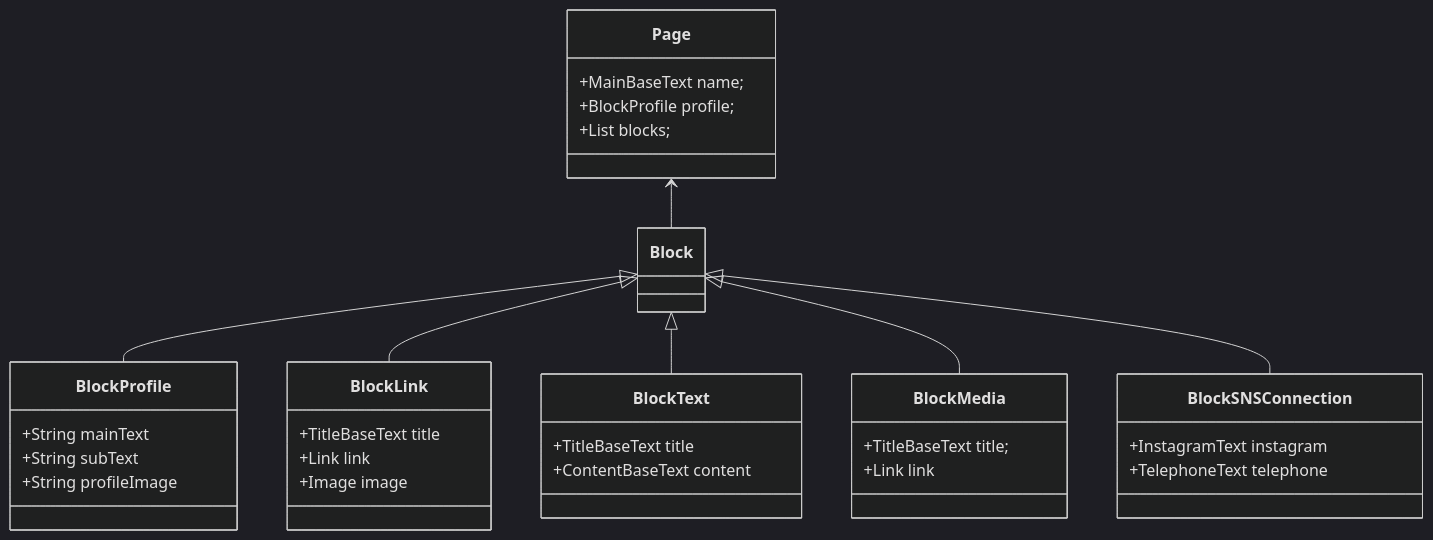
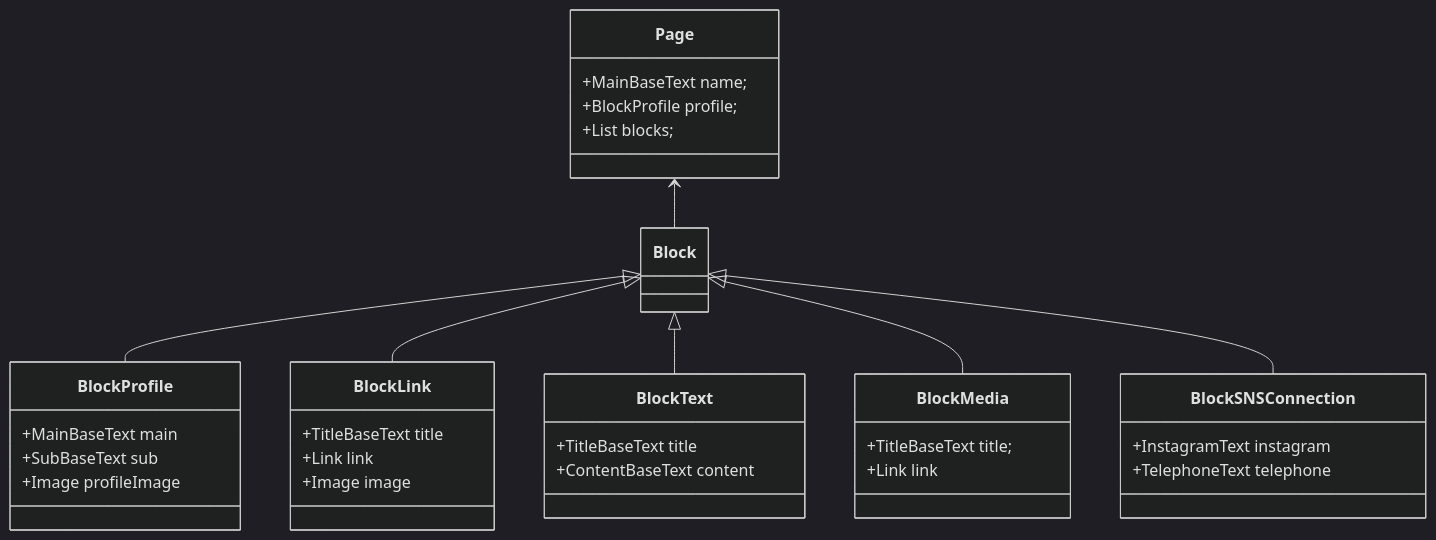
One commit to kor-Chipmunk/ProfileLinkService changed the second of 2 diagrams in blog-api/README.md. Above: the diagram before and after it, drawn with Mermaid (dark theme).

Commit message:
docs: `BlockProfile` 타입 변경

````diff
--- a/blog-api/README.md
+++ b/blog-api/README.md
@@ -38,46 +38,46 @@
 ```mermaid
 classDiagram
     Block <|-- BlockProfile
     Block <|-- BlockLink
     Block <|-- BlockText
     Block <|-- BlockMedia
     Block <|-- BlockSNSConnection
 
     Page <-- Block
     
     class Page {
         +MainBaseText name;
         +BlockProfile profile;
         +List<Block> blocks;
     }
 
     class Block {
     }
     
     class BlockProfile {
-        +String mainText
-        +String subText
-        +String profileImage
+        +MainBaseText main
+        +SubBaseText sub
+        +Image profileImage
     }
     
     class BlockLink {
         +TitleBaseText title
         +Link link
         +Image image
     }
     
     class BlockText {
         +TitleBaseText title
         +ContentBaseText content
     }
     
     class BlockMedia {
         +TitleBaseText title;
         +Link link
     }
     
     class BlockSNSConnection {
         +InstagramText instagram
         +TelephoneText telephone
     }
 ```
````
